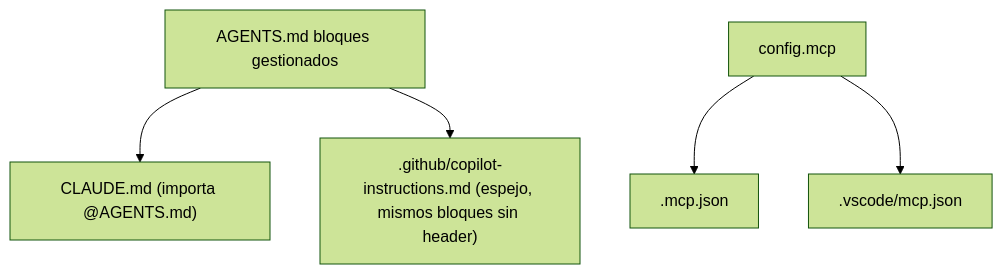
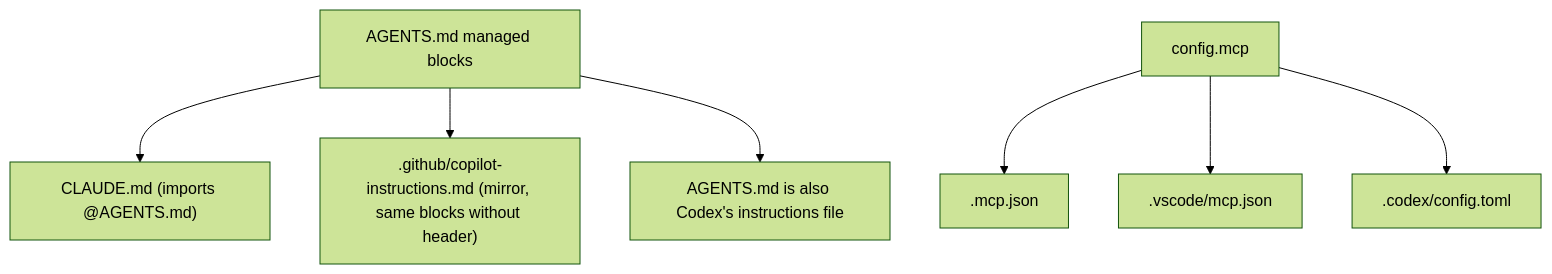
Before and after one commit to grojof/ai-workspace-generator: the second of 2 diagrams in docs/project/ARCHITECTURE.md, drawn with Mermaid (forest theme). The commit also changed other lines of this file and 16 other files, not shown here.

````diff
--- a/docs/project/ARCHITECTURE.md
+++ b/docs/project/ARCHITECTURE.md
@@ -138,7 +134,9 @@
 ```mermaid
 flowchart TD
-  AG["AGENTS.md bloques gestionados"] --> CL["CLAUDE.md (importa @AGENTS.md)"]
-  AG --> CO[".github/copilot-instructions.md (espejo, mismos bloques sin header)"]
+  AG["AGENTS.md managed blocks"] --> CL["CLAUDE.md (imports @AGENTS.md)"]
+  AG --> CO[".github/copilot-instructions.md (mirror, same blocks without header)"]
+  AG --> CX["AGENTS.md is also Codex's instructions file"]
   CFG["config.mcp"] --> M1[".mcp.json"]
   CFG --> M2[".vscode/mcp.json"]
+  CFG --> M3[".codex/config.toml"]
 ```
````
